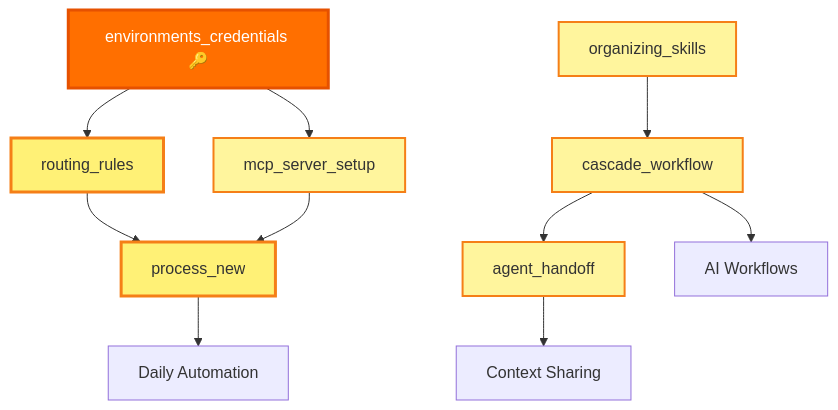
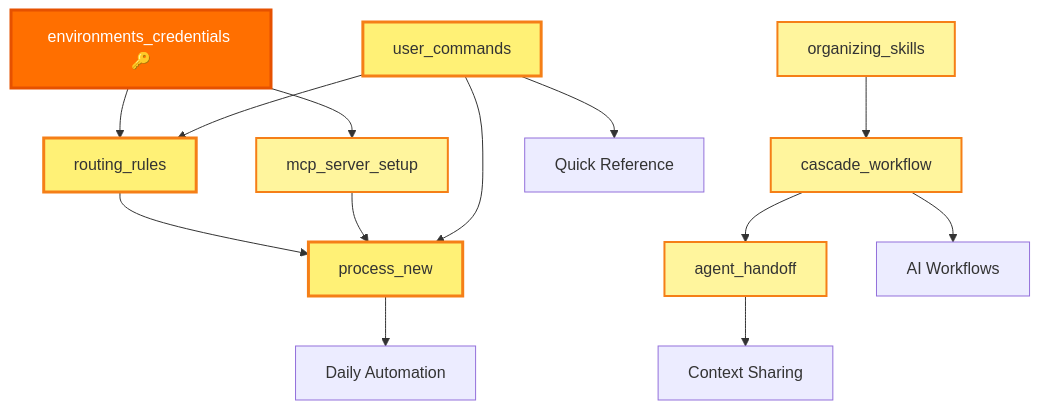
The sixth of 6 diagrams in README.md (adourish/skills), drawn with Mermaid before and after one commit. The commit also changed other lines of this file and 2 other files, not shown here.

First line of the commit message:
Add user_commands skill - Quick reference for common commands

````diff
--- a/README.md
+++ b/README.md
@@ -241,23 +243,28 @@
 ```mermaid
 graph TD
     EC[environments_credentials 🔑] --> RR[routing_rules]
     EC --> MCP[mcp_server_setup]
     
     RR --> PN[process_new]
     MCP --> PN
     
+    UC[user_commands] --> PN
+    UC --> RR
+    
     CW[cascade_workflow] --> AH[agent_handoff]
     OS[organizing_skills] --> CW
     
     PN --> DAILY[Daily Automation]
     CW --> AI[AI Workflows]
     AH --> CONTEXT[Context Sharing]
+    UC --> QUICK[Quick Reference]
     
     style EC fill:#ff6f00,stroke:#e65100,stroke-width:3px,color:#fff
+    style UC fill:#fff176,stroke:#f57f17,stroke-width:3px
     style RR fill:#fff176,stroke:#f57f17,stroke-width:3px
     style PN fill:#fff176,stroke:#f57f17,stroke-width:3px
     style MCP fill:#fff59d,stroke:#f57f17,stroke-width:2px
     style CW fill:#fff59d,stroke:#f57f17,stroke-width:2px
     style AH fill:#fff59d,stroke:#f57f17,stroke-width:2px
     style OS fill:#fff59d,stroke:#f57f17,stroke-width:2px
 ```
````
